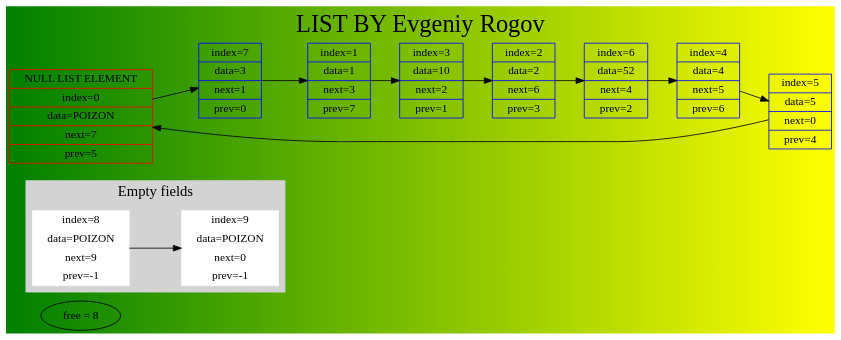
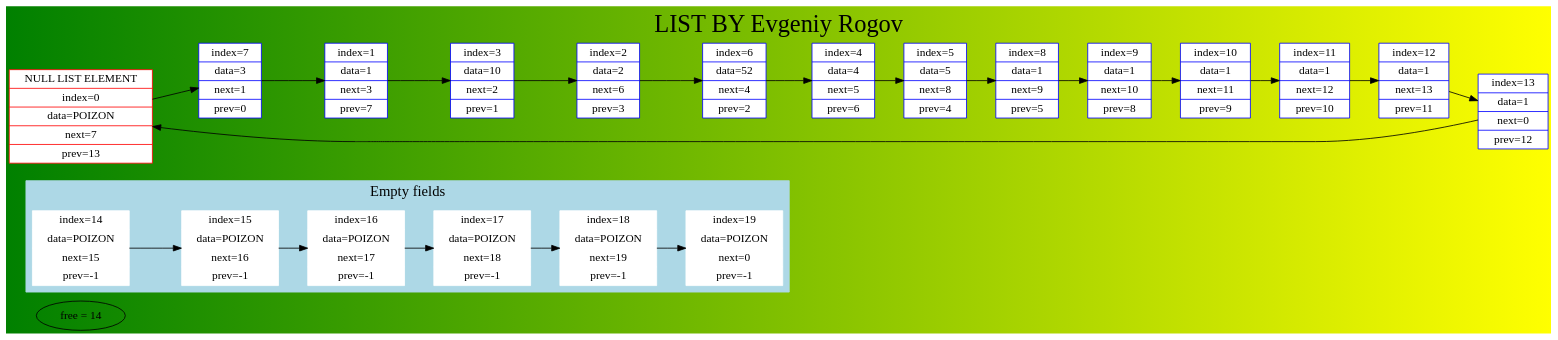
The diagram in output/list.dot (EvGeniy0505/List), drawn with Graphviz before and after one commit. The commit also changed 9 other files, not shown here.

```diff
--- a/output/list.dot
+++ b/output/list.dot
@@ -1,35 +1,55 @@
-digraph LIST4 {
+digraph LIST5 {
 	rankdir=LR;
 	bgcolor = "green:yellow";
-	"free = 8";
+	"free = 14";
 	subgraph cluster0 {
 		node [style=filled,color=white];
 		style=filled;
-		color=lightgrey;
-		node8 [shape=record, color=white,label=" index=8 | data=POIZON | next=9 | prev=-1 " ];
-		node8 -> node9;
-		node9 [shape=record, color=white,label=" index=9 | data=POIZON | next=0 | prev=-1 " ];
+		color=lightblue;
+		node14 [shape=record, color=white,label=" index=14 | data=POIZON | next=15 | prev=-1 " ];
+		node14 -> node15;
+		node15 [shape=record, color=white,label=" index=15 | data=POIZON | next=16 | prev=-1 " ];
+		node15 -> node16;
+		node16 [shape=record, color=white,label=" index=16 | data=POIZON | next=17 | prev=-1 " ];
+		node16 -> node17;
+		node17 [shape=record, color=white,label=" index=17 | data=POIZON | next=18 | prev=-1 " ];
+		node17 -> node18;
+		node18 [shape=record, color=white,label=" index=18 | data=POIZON | next=19 | prev=-1 " ];
+		node18 -> node19;
+		node19 [shape=record, color=white,label=" index=19 | data=POIZON | next=0 | prev=-1 " ];
 		fontsize=18;
 		label = "Empty fields";
 	}
-	node0 [shape=record, color=red,label=" NULL LIST ELEMENT | index=0 | data=POIZON | next=7 | prev=5 " ];
+	node0 [fillcolor=white, style=filled, shape=record, color=red,label=" NULL LIST ELEMENT | index=0 | data=POIZON | next=7 | prev=13 " ];
 	node0 -> node7;
-	node7 [shape=record, color=blue,label=" index=7 | data=3 | next=1 | prev=0 " ];
+	node7 [fillcolor=white, style=filled, shape=record, color=blue,label=" index=7 | data=3 | next=1 | prev=0 " ];
 	node7 -> node1;
-	node1 [shape=record, color=blue,label=" index=1 | data=1 | next=3 | prev=7 " ];
+	node1 [fillcolor=white, style=filled, shape=record, color=blue,label=" index=1 | data=1 | next=3 | prev=7 " ];
 	node1 -> node3;
-	node3 [shape=record, color=blue,label=" index=3 | data=10 | next=2 | prev=1 " ];
+	node3 [fillcolor=white, style=filled, shape=record, color=blue,label=" index=3 | data=10 | next=2 | prev=1 " ];
 	node3 -> node2;
-	node2 [shape=record, color=blue,label=" index=2 | data=2 | next=6 | prev=3 " ];
+	node2 [fillcolor=white, style=filled, shape=record, color=blue,label=" index=2 | data=2 | next=6 | prev=3 " ];
 	node2 -> node6;
-	node6 [shape=record, color=blue,label=" index=6 | data=52 | next=4 | prev=2 " ];
+	node6 [fillcolor=white, style=filled, shape=record, color=blue,label=" index=6 | data=52 | next=4 | prev=2 " ];
 	node6 -> node4;
-	node4 [shape=record, color=blue,label=" index=4 | data=4 | next=5 | prev=6 " ];
+	node4 [fillcolor=white, style=filled, shape=record, color=blue,label=" index=4 | data=4 | next=5 | prev=6 " ];
 	node4 -> node5;
-	node5 [shape=record, color=blue,label=" index=5 | data=5 | next=0 | prev=4 " ];
-	node5 -> node0;
+	node5 [fillcolor=white, style=filled, shape=record, color=blue,label=" index=5 | data=5 | next=8 | prev=4 " ];
+	node5 -> node8;
+	node8 [fillcolor=white, style=filled, shape=record, color=blue,label=" index=8 | data=1 | next=9 | prev=5 " ];
+	node8 -> node9;
+	node9 [fillcolor=white, style=filled, shape=record, color=blue,label=" index=9 | data=1 | next=10 | prev=8 " ];
+	node9 -> node10;
+	node10 [fillcolor=white, style=filled, shape=record, color=blue,label=" index=10 | data=1 | next=11 | prev=9 " ];
+	node10 -> node11;
+	node11 [fillcolor=white, style=filled, shape=record, color=blue,label=" index=11 | data=1 | next=12 | prev=10 " ];
+	node11 -> node12;
+	node12 [fillcolor=white, style=filled, shape=record, color=blue,label=" index=12 | data=1 | next=13 | prev=11 " ];
+	node12 -> node13;
+	node13 [fillcolor=white, style=filled, shape=record, color=blue,label=" index=13 | data=1 | next=0 | prev=12 " ];
+	node13 -> node0;
 	label="LIST BY Evgeniy Rogov";
 	fontsize=30;
 	fontname="Times-Roman";
 	labelloc="t";
 }
```
